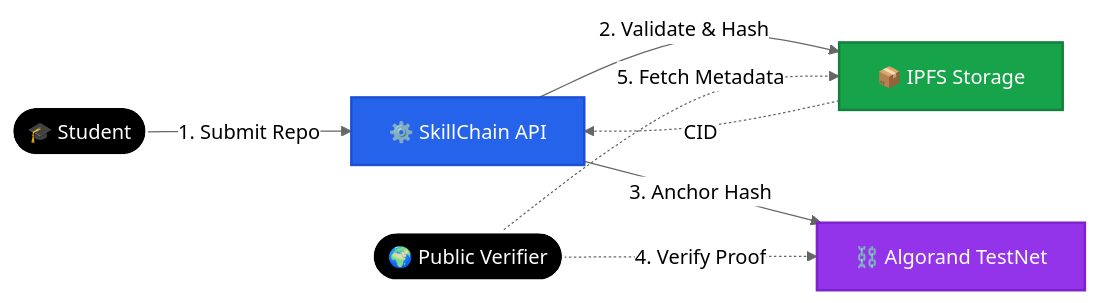
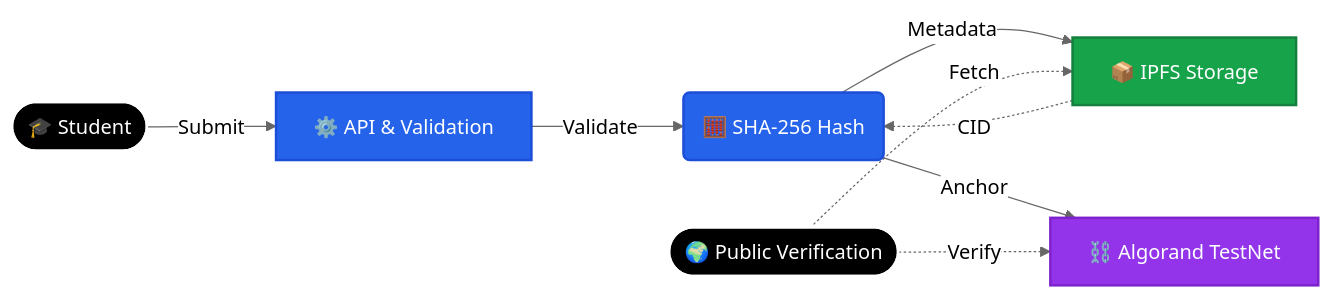
The diagram in README.md (rushikesh249/skillchain), drawn with Mermaid (neutral theme) before and after one commit. The commit also changed other lines of this file, not shown here.

````diff
--- a/README.md
+++ b/README.md
@@ -29,23 +68,25 @@
 ```mermaid
 graph LR
     %% Styles
     classDef actor fill:#000000,stroke:#ffffff,stroke-width:2px,color:#ffffff;
     classDef core fill:#2563eb,stroke:#1d4ed8,stroke-width:2px,color:#ffffff;
     classDef storage fill:#16a34a,stroke:#15803d,stroke-width:2px,color:#ffffff;
     classDef blockchain fill:#9333ea,stroke:#7e22ce,stroke-width:2px,color:#ffffff;
     
     %% Nodes
     Student([🎓 Student]):::actor
-    API[⚙️ SkillChain API]:::core
+    API[⚙️ API & Validation]:::core
+    Hash(🧮 SHA-256 Hash):::core
     IPFS[📦 IPFS Storage]:::storage
     Algo[⛓️ Algorand TestNet]:::blockchain
-    Verifier([🌍 Public Verifier]):::actor
+    Verifier([🌍 Public Verification]):::actor
 
     %% Flow
-    Student -->|1. Submit Repo| API
-    API -->|2. Validate & Hash| IPFS
-    IPFS -.->|CID| API
-    API -->|3. Anchor Hash| Algo
-    Verifier -.->|4. Verify Proof| Algo
-    Verifier -.->|5. Fetch Metadata| IPFS
+    Student -->|Submit| API
+    API -->|Validate| Hash
+    Hash -->|Metadata| IPFS
+    IPFS -.->|CID| Hash
+    Hash -->|Anchor| Algo
+    Verifier -.->|Verify| Algo
+    Verifier -.->|Fetch| IPFS
 ```
````
